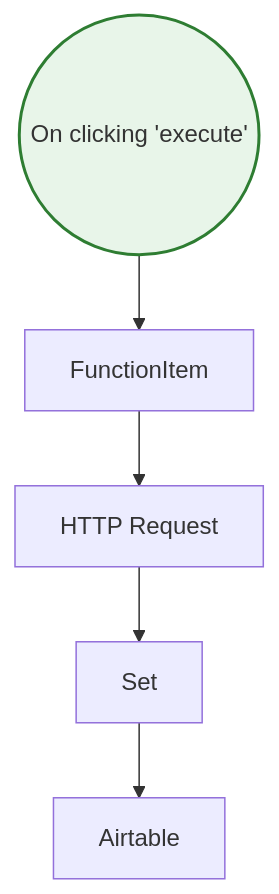
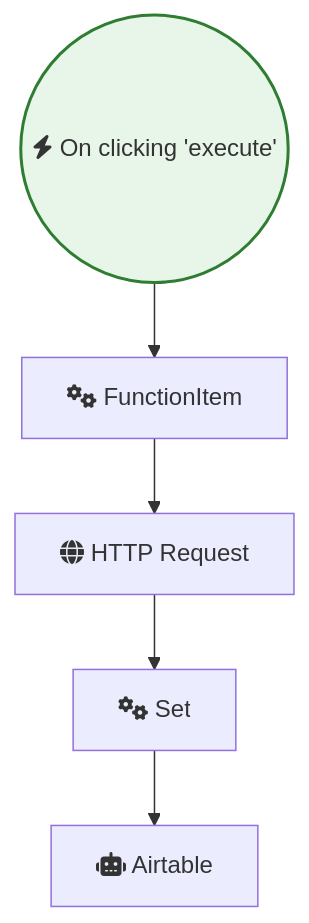
Before and after one commit to sreyash3105/N8N-DEMO-AUTOMATIONS: the diagram in Instagram_Twitter_Social_Media/OpenAI-powered tweet generator.md, drawn with Mermaid. The commit also changed 291 other files, not shown here.

````diff
--- a/Instagram_Twitter_Social_Media/OpenAI-powered tweet generator.md
+++ b/Instagram_Twitter_Social_Media/OpenAI-powered tweet generator.md
@@ -1,17 +1,17 @@
 ```mermaid
 graph TD
     classDef trigger fill:#e8f5e9,stroke:#2e7d32,stroke-width:2px;
     classDef ai fill:#e3f2fd,stroke:#1565c0,stroke-width:2px;
     classDef logic fill:#fff3e0,stroke:#ef6c00,stroke-width:2px;
 
-    On_clicking__execute_(("On clicking 'execute'")):::trigger
-    FunctionItem["FunctionItem"]
-    HTTP_Request["HTTP Request"]
-    Airtable["Airtable"]
-    Set["Set"]
+    On_clicking__execute_(("fas:fa-bolt On clicking 'execute'")):::trigger
+    FunctionItem["fas:fa-cogs FunctionItem"]
+    HTTP_Request["fas:fa-globe HTTP Request"]
+    Airtable["fas:fa-robot Airtable"]
+    Set["fas:fa-cogs Set"]
 
     Set --> Airtable
     FunctionItem --> HTTP_Request
     HTTP_Request --> Set
     On_clicking__execute_ --> FunctionItem
 ```
````
